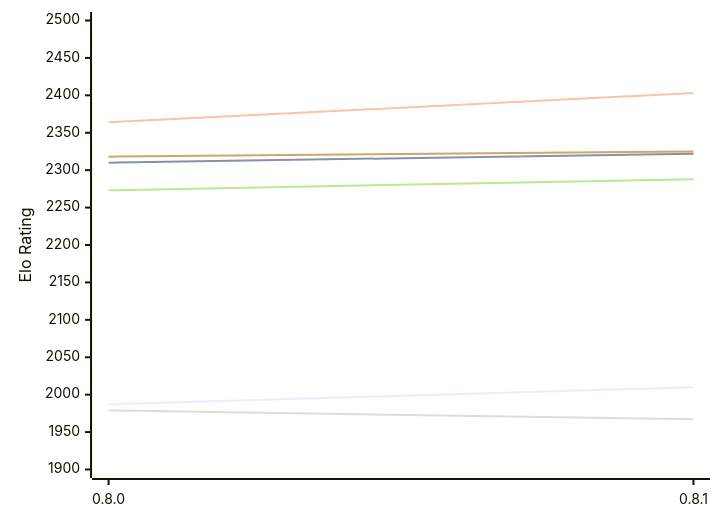
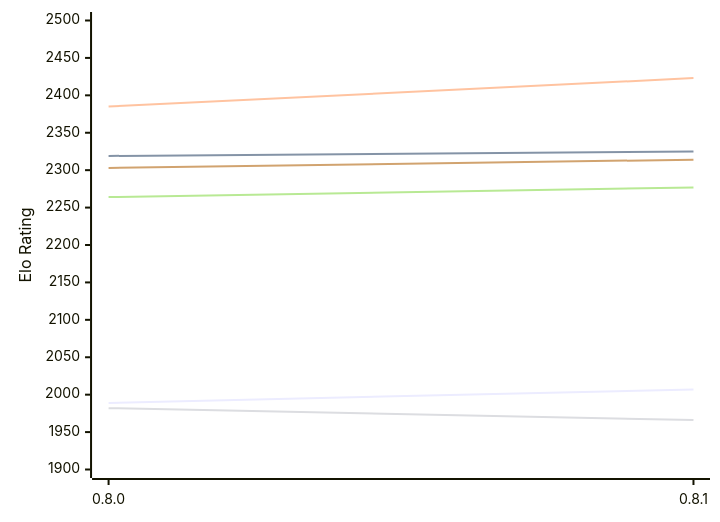
Before and after one commit to computer-chess-index/cci: the diagram in engines/LittleWing.md, drawn with Mermaid. The commit also changed other lines of this file, not shown here.

Commit message:
Update CCI Ratings (ELO VLTC) - 2026-11-14

````diff
--- a/engines/LittleWing.md
+++ b/engines/LittleWing.md
@@ -49,12 +49,12 @@
 ```mermaid
 %%{init: {"theme":"base","themeVariables":{"seriesColors:['#a3a3a3','#222221','#faa371']}}}%%
 xychart-beta
   x-axis ["0.8.0", "0.8.1"]
   y-axis "Elo Rating" 1900 --> 2500
-  line "E1: STC (8.0+0.08s)" [1987, 2010]
-  line "E1: LTC (60.0+0.60s)" [2310, 2322]
-  line "E1: VLTC (2m24s+1.12s)" [2364, 2403]
-  line "P1: STC (8.0+0.08s)" [1979, 1967]
-  line "P1: LTC (60.0+0.60s)" [2273, 2288]
-  line "P1: VLTC (2m24s+1.12s)" [2318, 2325]
+  line "E1: STC (8.0+0.08s)" [1989, 2007]
+  line "E1: LTC (60.0+0.60s)" [2319, 2325]
+  line "E1: VLTC (2m24s+1.12s)" [2385, 2423]
+  line "P1: STC (8.0+0.08s)" [1982, 1966]
+  line "P1: LTC (60.0+0.60s)" [2264, 2277]
+  line "P1: VLTC (2m24s+1.12s)" [2303, 2314]
 ```
````
